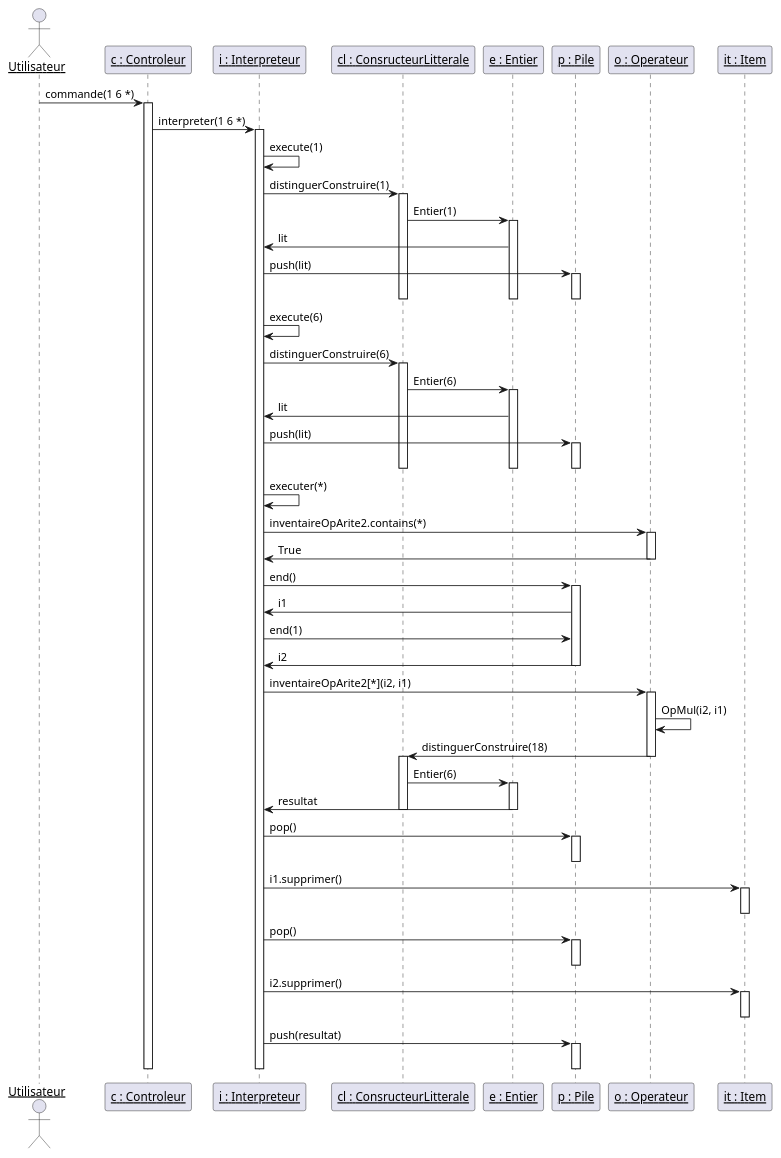
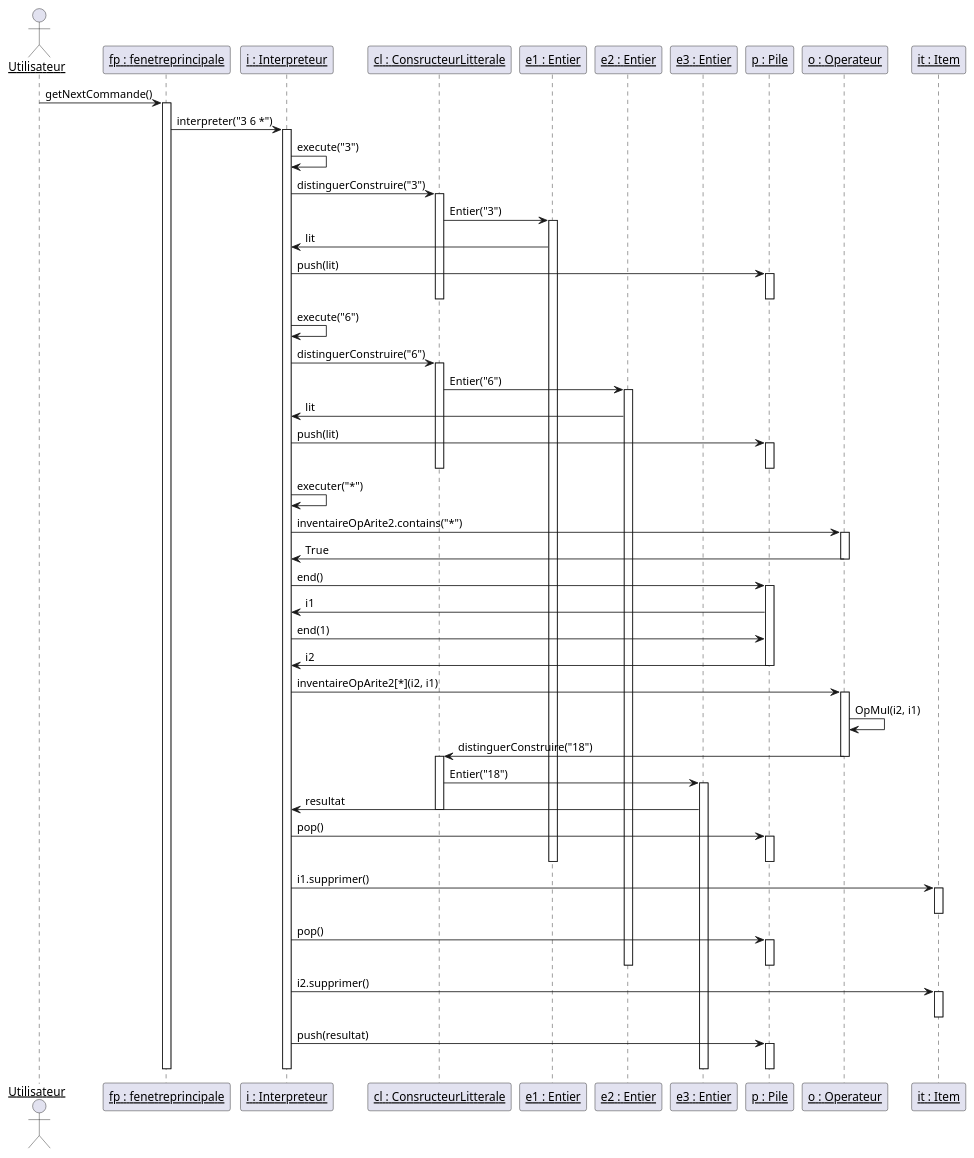
One commit to LouisJeanneau/LO21-Projet-CompUT changed the diagram in DiagrammeSequence.puml. Above: the diagram before and after it, drawn with PlantUML.

Commit message:
Mise à jour diagramme de séquence

```diff
--- a/DiagrammeSequence.puml
+++ b/DiagrammeSequence.puml
@@ -1,112 +1,115 @@
 @startuml
+
 skinparam sequenceParticipant underline
 
 actor Utilisateur
-participant "c : Controleur" as C
+participant "fp : fenetreprincipale" as FP
 participant "i : Interpreteur" as I
 participant "cl : ConsructeurLitterale" as CL
-participant "e : Entier" as E
+participant "e1 : Entier" as E1
+participant "e2 : Entier" as E2
+participant "e3 : Entier" as E3
 participant "p : Pile" as P
 
 
-Utilisateur -> C: commande(1 6 *)
-activate C
+Utilisateur -> FP : getNextCommande()
+activate FP
 
-C -> I: interpreter(1 6 *)
+FP -> I: interpreter("3 6 *")
 activate I
 
-I -> I: execute(1)
+I -> I: execute("3")
 
-I -> CL : distinguerConstruire(1)
+I -> CL : distinguerConstruire("3")
 activate CL
 
-CL -> E : Entier(1)
-activate E
+CL -> E1 : Entier("3")
+activate E1
 
-E -> I : lit
+E1 -> I : lit
 
 I -> P : push(lit)
 activate P
 
 deactivate P
-deactivate E
 deactivate CL
 
-I -> I: execute(6)
+I -> I: execute("6")
 
-I -> CL : distinguerConstruire(6)
+I -> CL : distinguerConstruire("6")
 activate CL
 
-CL -> E : Entier(6)
-activate E
+CL -> E2 : Entier("6")
+activate E2
 
-E -> I : lit
+E2 -> I : lit
 
 I -> P : push(lit)
 activate P
 
 deactivate P
-deactivate E
 deactivate CL
 
-I -> I: executer(*)
+I -> I: executer("*")
 
 participant "o : Operateur" as O
 
-I -> O : inventaireOpArite2.contains(*)
+I -> O : inventaireOpArite2.contains("*")
 activate O
 
 O -> I : True
 deactivate O
 
 I -> P : end()
 activate P
 
 P -> I : i1
 
 I -> P : end(1)
 
 P -> I : i2
 deactivate P
 
 I -> O : inventaireOpArite2[*](i2, i1)
 activate O
 
 O -> O : OpMul(i2, i1)
 
-O -> CL : distinguerConstruire(18)
+O -> CL : distinguerConstruire("18")
 deactivate O
 activate CL
 
-CL -> E : Entier(6)
-activate E
+CL -> E3 : Entier("18")
+activate E3
 
-E -> I : resultat
-deactivate E
+E3 -> I : resultat
 deactivate CL
 
 I -> P : pop()
 activate P
+deactivate E1
 deactivate P
 participant "it : Item" as IT
 
 I -> IT : i1.supprimer()
 activate IT
 deactivate IT
 
 I -> P : pop()
 activate P
+deactivate E2
 deactivate P
 
 I -> IT : i2.supprimer()
 activate IT
 deactivate IT
 
 I -> P : push(resultat)
 activate P
 deactivate P
 
 deactivate I
-deactivate C
+deactivate E3
+deactivate FP
 
 @enduml
```
